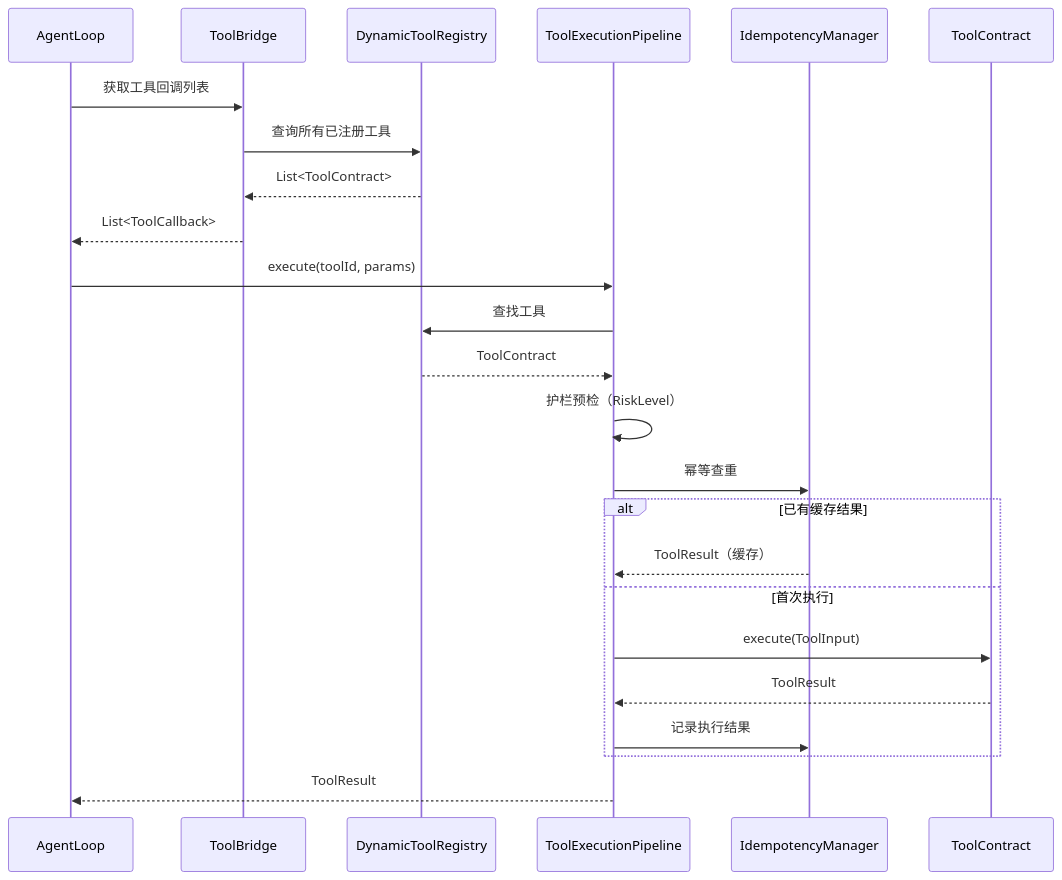
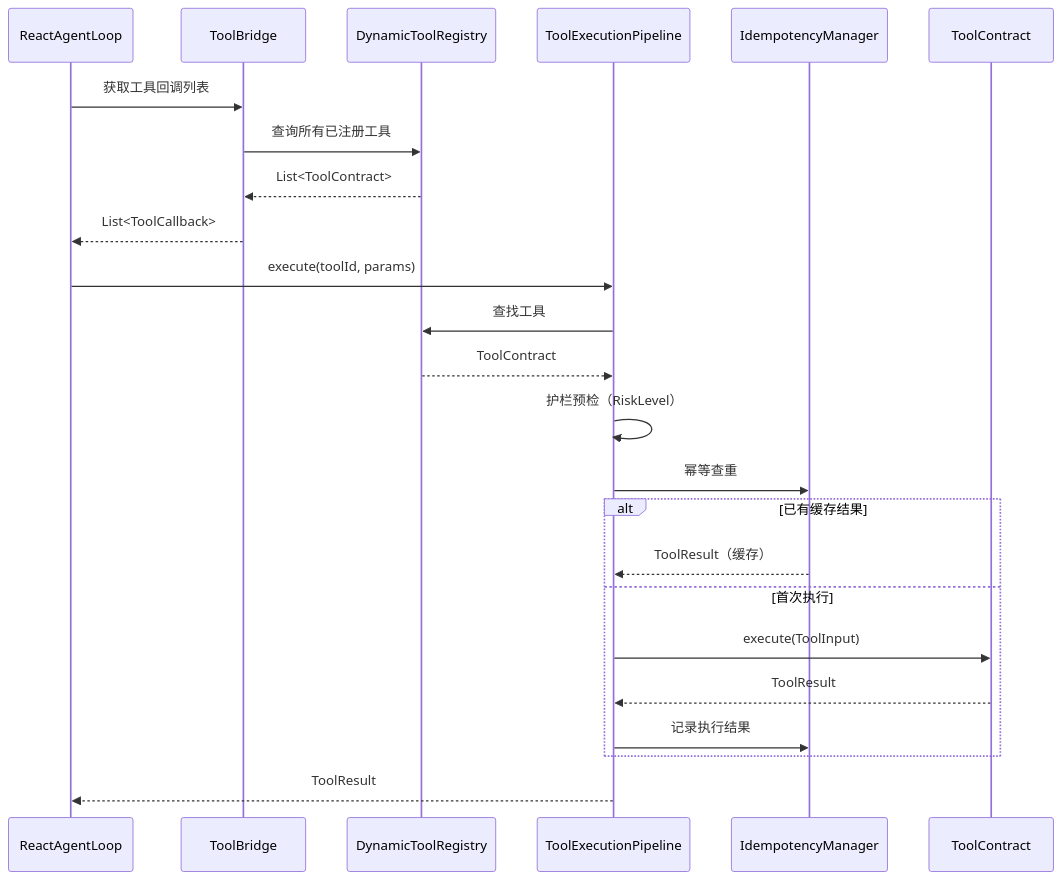
One commit to ntygod/LifePilot changed the second of 2 diagrams in docs/architecture/tool-ecosystem.md. Above: the diagram before and after it, drawn with Mermaid. The commit also changed other lines of this file and 14 other files, not shown here.

````diff
--- a/docs/architecture/tool-ecosystem.md
+++ b/docs/architecture/tool-ecosystem.md
@@ -88,27 +88,27 @@
 ```mermaid
 sequenceDiagram
-    participant A as AgentLoop
+    participant A as ReactAgentLoop
     participant B as ToolBridge
     participant R as DynamicToolRegistry
     participant P as ToolExecutionPipeline
     participant I as IdempotencyManager
     participant T as ToolContract
 
     A->>B: 获取工具回调列表
     B->>R: 查询所有已注册工具
     R-->>B: List<ToolContract>
     B-->>A: List<ToolCallback>
     A->>P: execute(toolId, params)
     P->>R: 查找工具
     R-->>P: ToolContract
     P->>P: 护栏预检（RiskLevel）
     P->>I: 幂等查重
     alt 已有缓存结果
         I-->>P: ToolResult（缓存）
     else 首次执行
         P->>T: execute(ToolInput)
         T-->>P: ToolResult
         P->>I: 记录执行结果
     end
     P-->>A: ToolResult
 ```
````
